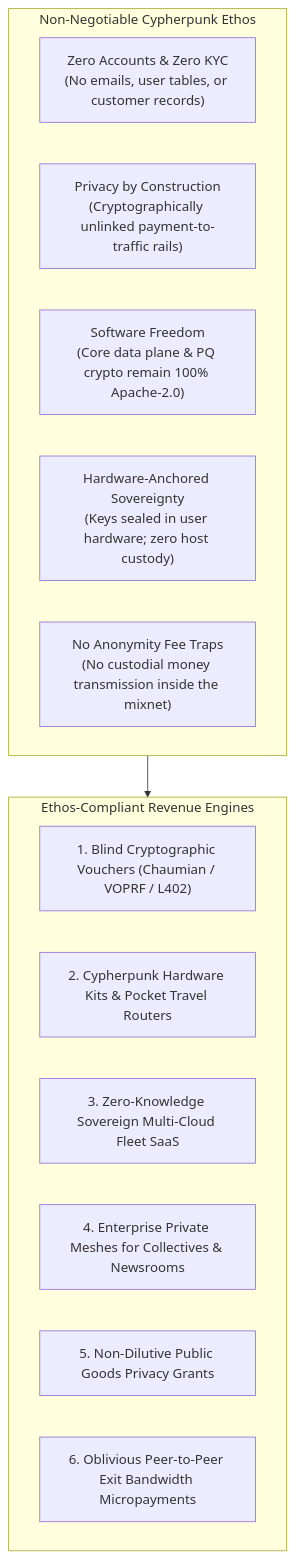
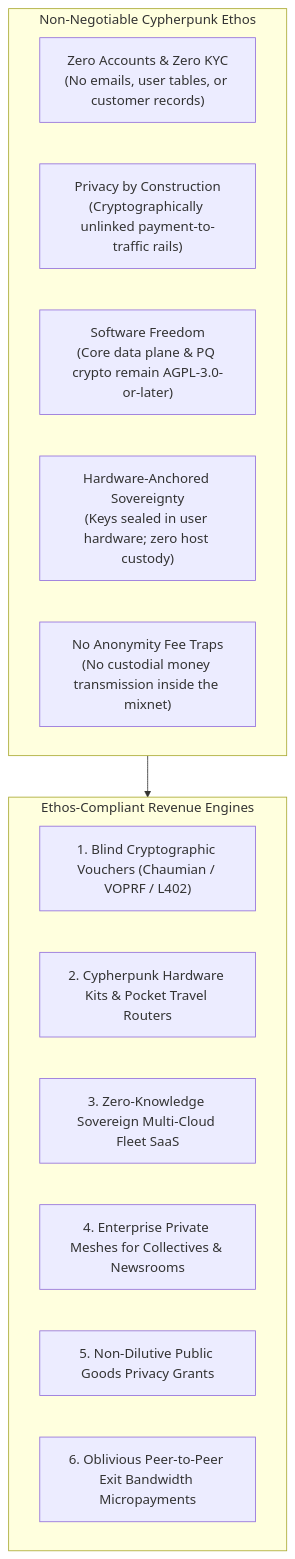
One commit to R1VER77/ADVANCED_VPN changed the first of 4 diagrams in docs/REVENUE_ARCHITECTURE.md. Above: the diagram before and after it, drawn with Mermaid. The commit also changed other lines of this file and 431 other files, not shown here.

````diff
--- a/docs/REVENUE_ARCHITECTURE.md
+++ b/docs/REVENUE_ARCHITECTURE.md
@@ -17,21 +17,21 @@
 ```mermaid
 flowchart TD
     subgraph NonNegotiable["Non-Negotiable Cypherpunk Ethos"]
         P1["Zero Accounts & Zero KYC\n(No emails, user tables, or customer records)"]
         P2["Privacy by Construction\n(Cryptographically unlinked payment-to-traffic rails)"]
-        P3["Software Freedom\n(Core data plane & PQ crypto remain 100% Apache-2.0)"]
+        P3["Software Freedom\n(Core data plane & PQ crypto remain AGPL-3.0-or-later)"]
         P4["Hardware-Anchored Sovereignty\n(Keys sealed in user hardware; zero host custody)"]
         P5["No Anonymity Fee Traps\n(No custodial money transmission inside the mixnet)"]
     end
 
     subgraph AllowedMonetization["Ethos-Compliant Revenue Engines"]
         M1["1. Blind Cryptographic Vouchers (Chaumian / VOPRF / L402)"]
         M2["2. Cypherpunk Hardware Kits & Pocket Travel Routers"]
         M3["3. Zero-Knowledge Sovereign Multi-Cloud Fleet SaaS"]
         M4["4. Enterprise Private Meshes for Collectives & Newsrooms"]
         M5["5. Non-Dilutive Public Goods Privacy Grants"]
         M6["6. Oblivious Peer-to-Peer Exit Bandwidth Micropayments"]
     end
 
     NonNegotiable --> AllowedMonetization
 ```
````
